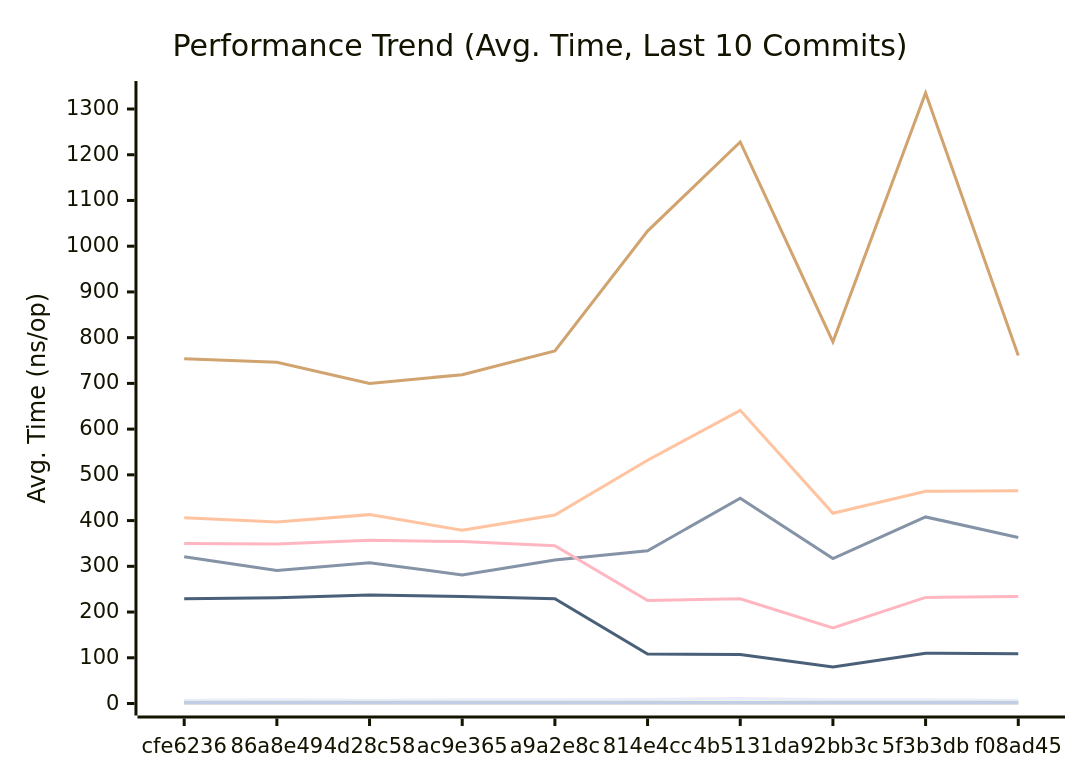
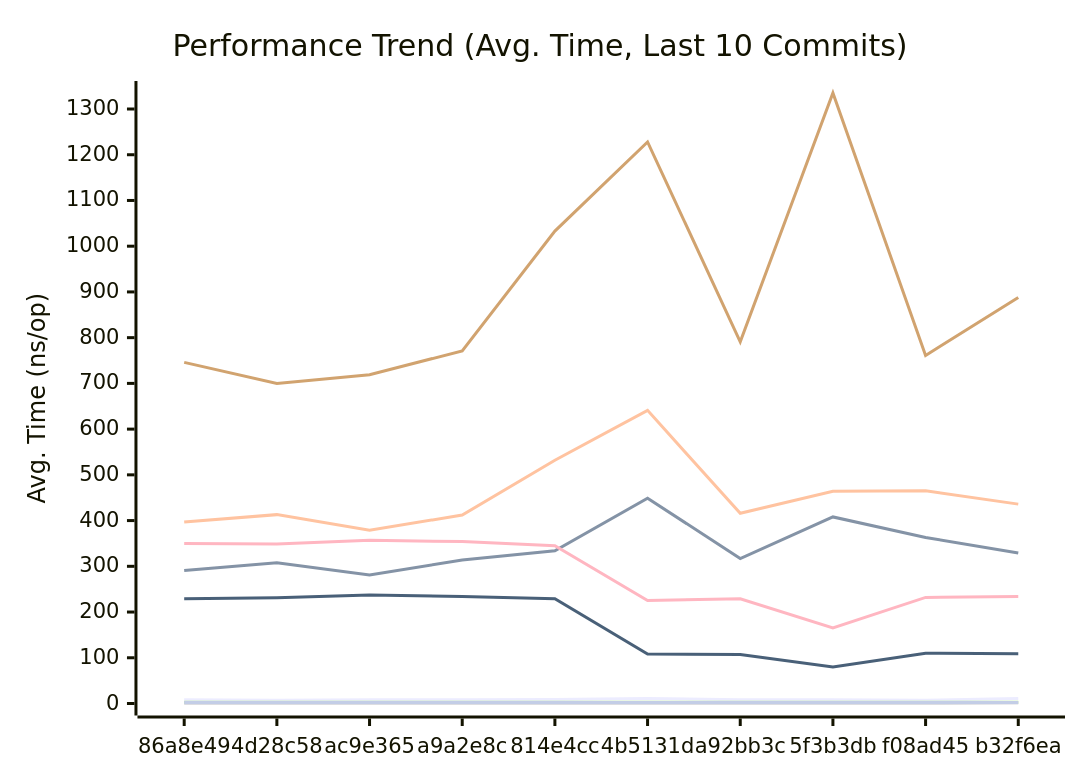
The first of 3 diagrams in docs/PERFORMANCE.md (alsotoes/momo), drawn with Mermaid before and after one commit. The commit also changed other lines of this file and 5 other files, not shown here.

Commit message:
fix: batch LOW fixes #468-#472 — PadString guard, traversal check, config race, CRUSH div-by-zero

````diff
--- a/docs/PERFORMANCE.md
+++ b/docs/PERFORMANCE.md
@@ -80,16 +80,16 @@
 ```mermaid
 xychart-beta
     title "Performance Trend (Avg. Time, Last 10 Commits)"
     x-axis "Commit"
     y-axis "Avg. Time (ns/op)"
-    x-axis [cfe6236,86a8e49,4d28c58,ac9e365,a9a2e8c,814e4cc,4b5131d,a92bb3c,5f3b3db,f08ad45]
-    line "CheckMetricsAndSwap" [7,8,7,8,8,9,11,8,8,7]
-    line "CrushOptimized" [321,291,308,281,314,334,449,317,408,363]
-    line "CrushOriginal" [406,397,413,379,412,532,641,416,464,465]
-    line "IndexDirectTracking" [0,0,0,0,0,0,0,0,0,0]
+    x-axis [86a8e49,4d28c58,ac9e365,a9a2e8c,814e4cc,4b5131d,a92bb3c,5f3b3db,f08ad45,b32f6ea]
+    line "CheckMetricsAndSwap" [8,7,8,8,9,11,8,8,7,11]
+    line "CrushOptimized" [291,308,281,314,334,449,317,408,363,329]
+    line "CrushOriginal" [397,413,379,412,532,641,416,464,465,436]
+    line "IndexDirectTracking" [0,0,0,0,0,0,0,0,0,1]
     line "IndexSearch" [3,3,3,3,3,3,3,3,3,3]
-    line "LoadGlobalConfig" [754,746,700,719,771,1033,1228,791,1335,761]
+    line "LoadGlobalConfig" [746,700,719,771,1033,1228,791,1335,761,888]
     line "PadString" [2,2,2,2,2,2,2,2,2,2]
     line "ParseReplicationOrder_NoPrealloc" [350,349,357,354,345,225,229,165,232,234]
     line "ParseReplicationOrder_Prealloc" [229,231,237,234,229,108,107,80,110,109]
 ```
````
